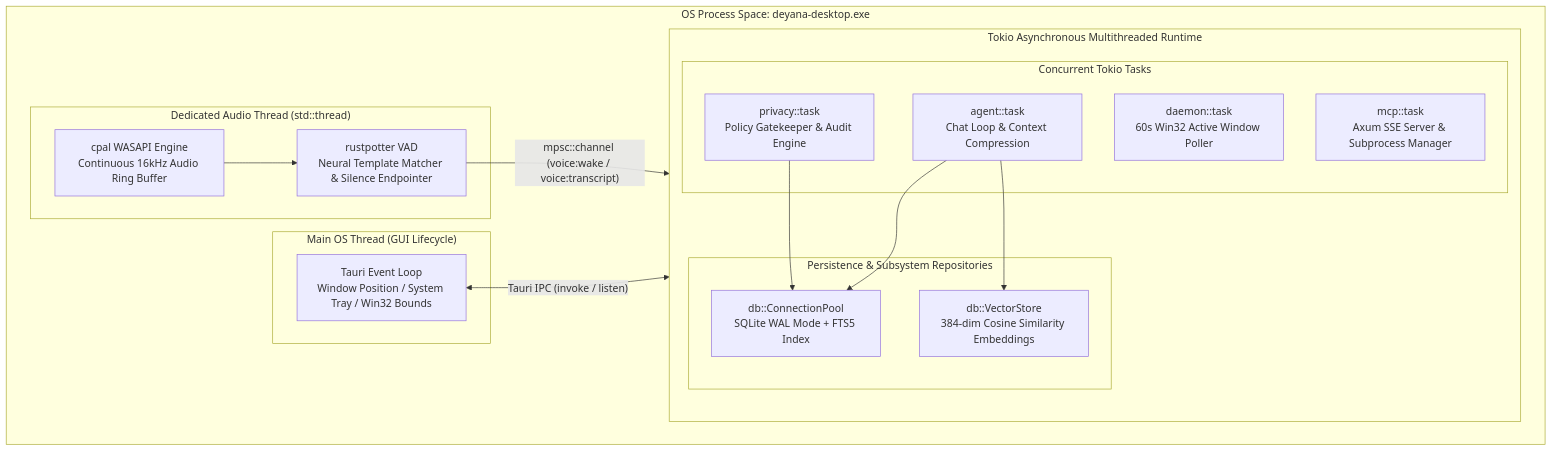
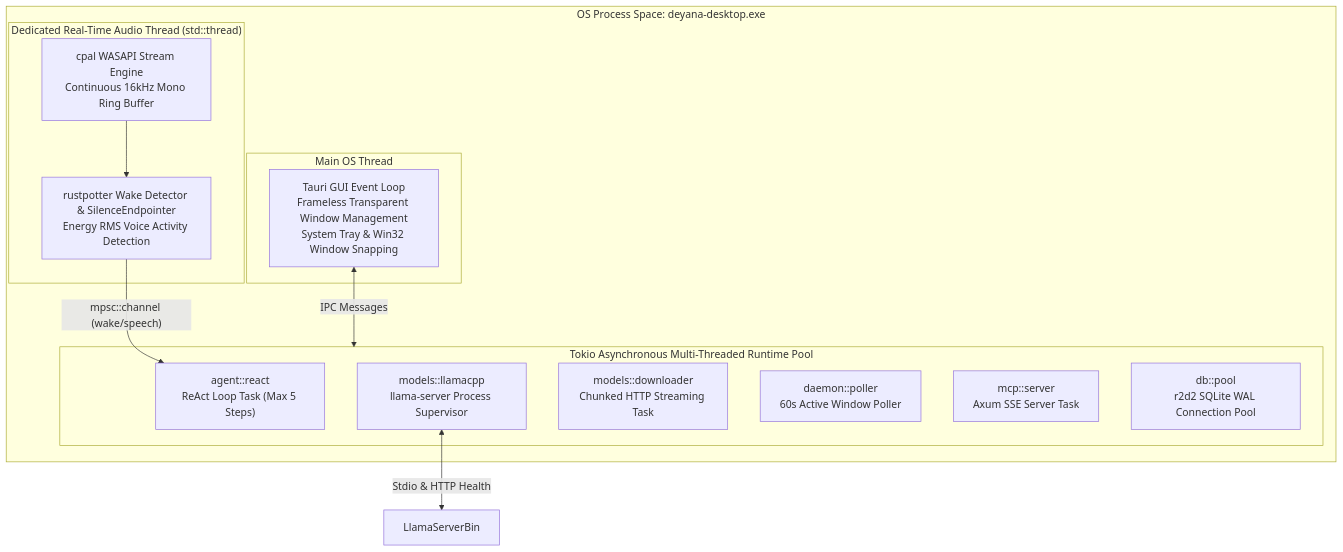
One commit to vkshdev/deyana changed the second of 7 diagrams in ARCHITECTURE.md. Above: the diagram before and after it, drawn with Mermaid. The commit also changed other lines of this file, not shown here.

Commit message:
docs: Update architecture specification for v2.0 Full-Stack AI Edition

````diff
--- a/ARCHITECTURE.md
+++ b/ARCHITECTURE.md
@@ -64,38 +94,27 @@
 ```mermaid
 flowchart TD
-    subgraph OS_Process["OS Process Space: deyana-desktop.exe"]
-        
-        subgraph MainThread["Main OS Thread (GUI Lifecycle)"]
-            WinMain["Tauri Event Loop<br/>Window Position / System Tray / Win32 Bounds"]
+    subgraph Process["OS Process Space: deyana-desktop.exe"]
+        subgraph MainThread["Main OS Thread"]
+            WinMain["Tauri GUI Event Loop<br/>Frameless Transparent Window Management<br/>System Tray & Win32 Window Snapping"]
         end
 
-        subgraph AudioThread["Dedicated Audio Thread (std::thread)"]
-            WASAPI["cpal WASAPI Engine<br/>Continuous 16kHz Audio Ring Buffer"]
-            VAD["rustpotter VAD<br/>Neural Template Matcher & Silence Endpointer"]
+        subgraph AudioThread["Dedicated Real-Time Audio Thread (std::thread)"]
+            WASAPI["cpal WASAPI Stream Engine<br/>Continuous 16kHz Mono Ring Buffer"]
+            VAD["rustpotter Wake Detector & SilenceEndpointer<br/>Energy RMS Voice Activity Detection"]
             WASAPI --> VAD
         end
 
-        subgraph TokioRuntime["Tokio Asynchronous Multithreaded Runtime"]
-            direction TB
-            
-            subgraph Tasks["Concurrent Tokio Tasks"]
-                AgentTask["agent::task<br/>Chat Loop & Context Compression"]
-                DaemonTask["daemon::task<br/>60s Win32 Active Window Poller"]
-                McpTask["mcp::task<br/>Axum SSE Server & Subprocess Manager"]
-                PrivacyTask["privacy::task<br/>Policy Gatekeeper & Audit Engine"]
-            end
-
-            subgraph StorageEngines["Persistence & Subsystem Repositories"]
-                DBPool["db::ConnectionPool<br/>SQLite WAL Mode + FTS5 Index"]
-                VectorStore["db::VectorStore<br/>384-dim Cosine Similarity Embeddings"]
-            end
-
-            AgentTask --> DBPool
-            AgentTask --> VectorStore
-            PrivacyTask --> DBPool
+        subgraph TokioPool["Tokio Asynchronous Multi-Threaded Runtime Pool"]
+            ReActTask["agent::react<br/>ReAct Loop Task (Max 5 Steps)"]
+            LlamaSupervisor["models::llamacpp<br/>llama-server Process Supervisor"]
+            HFDownloader["models::downloader<br/>Chunked HTTP Streaming Task"]
+            DaemonTask["daemon::poller<br/>60s Active Window Poller"]
+            McpAxum["mcp::server<br/>Axum SSE Server Task"]
+            DBPool["db::pool<br/>r2d2 SQLite WAL Connection Pool"]
         end
     end
 
-    WinMain <-->|"Tauri IPC (invoke / listen)"| TokioRuntime
-    VAD -->|"mpsc::channel (voice:wake / voice:transcript)"| AgentTask
+    WinMain <-->|"IPC Messages"| TokioPool
+    VAD -->|"mpsc::channel (wake/speech)"| ReActTask
+    LlamaSupervisor <-->|"Stdio & HTTP Health"| LlamaServerBin
 ```
````
